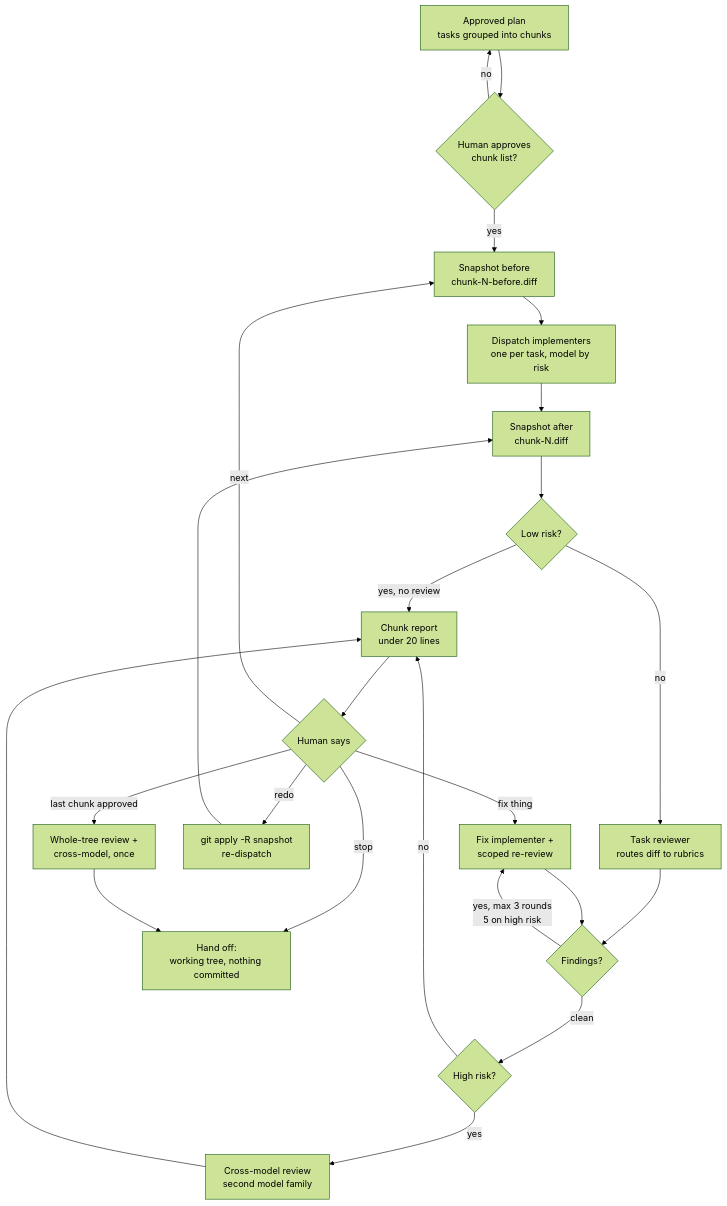
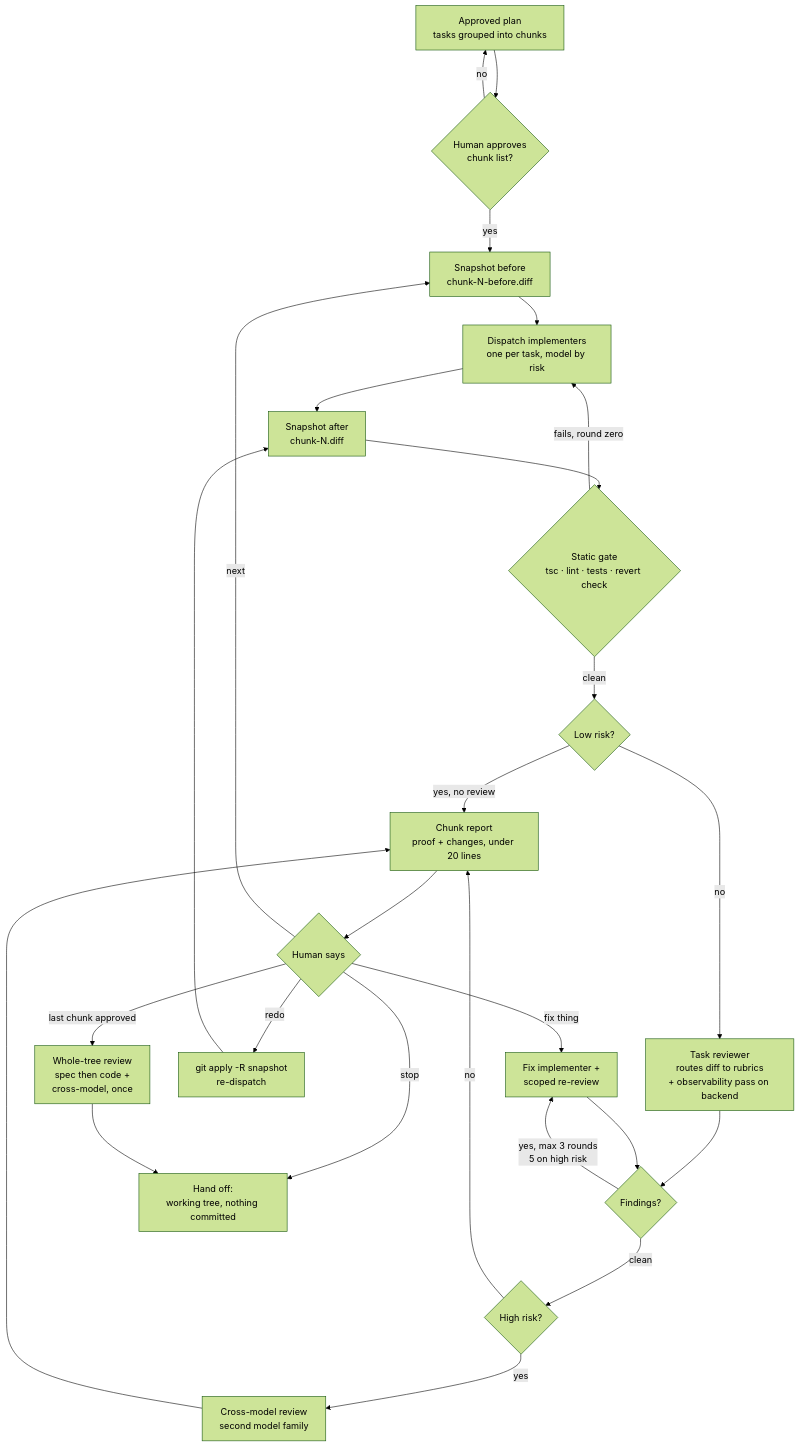
One commit to vilkoalexander/delivery-skills changed the diagram in diagrams/chunked-delivery.mmd. Above: the diagram before and after it, drawn with Mermaid (forest theme). The commit also changed 34 other files, not shown here.

```diff
--- a/diagrams/chunked-delivery.mmd
+++ b/diagrams/chunked-delivery.mmd
@@ -1,24 +1,26 @@
 graph TD
   P[Approved plan<br/>tasks grouped into chunks] --> A{Human approves<br/>chunk list?}
   A -- no --> P
   A -- yes --> S1[Snapshot before<br/>chunk-N-before.diff]
   S1 --> I[Dispatch implementers<br/>one per task, model by risk]
   I --> S2[Snapshot after<br/>chunk-N.diff]
-  S2 --> L{Low risk?}
+  S2 --> SG{Static gate<br/>tsc · lint · tests · revert check}
+  SG -- fails, round zero --> I
+  SG -- clean --> L{Low risk?}
   L -- yes, no review --> REP
-  L -- no --> R[Task reviewer<br/>routes diff to rubrics]
+  L -- no --> R[Task reviewer<br/>routes diff to rubrics<br/>+ observability pass on backend]
   R --> F{Findings?}
   F -- yes, max 3 rounds<br/>5 on high risk --> X[Fix implementer +<br/>scoped re-review]
   X --> F
   F -- clean --> C{High risk?}
   C -- yes --> M[Cross-model review<br/>second model family]
   C -- no --> REP
-  M --> REP[Chunk report<br/>under 20 lines]
+  M --> REP[Chunk report<br/>proof + changes, under 20 lines]
   REP --> W{Human says}
   W -- next --> S1
   W -- fix thing --> X
   W -- redo --> U[git apply -R snapshot<br/>re-dispatch]
   U --> S2
   W -- stop --> H
-  W -- last chunk approved --> T[Whole-tree review +<br/>cross-model, once]
+  W -- last chunk approved --> T[Whole-tree review<br/>spec then code +<br/>cross-model, once]
   T --> H[Hand off:<br/>working tree, nothing committed]
```
